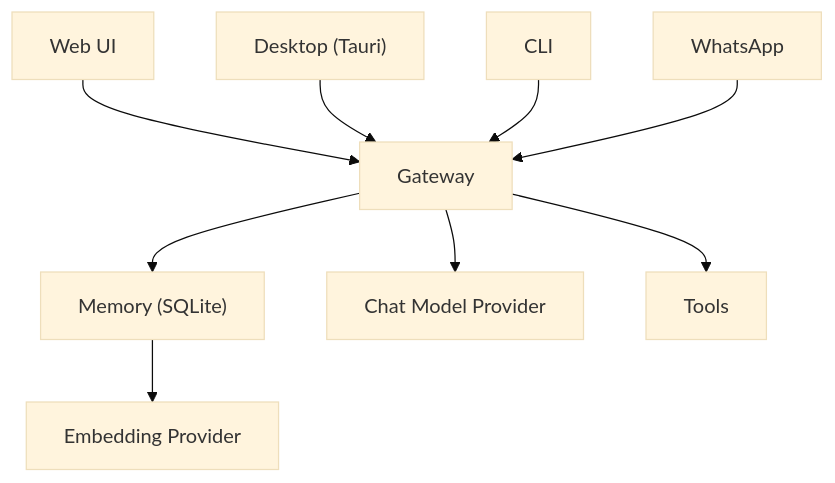
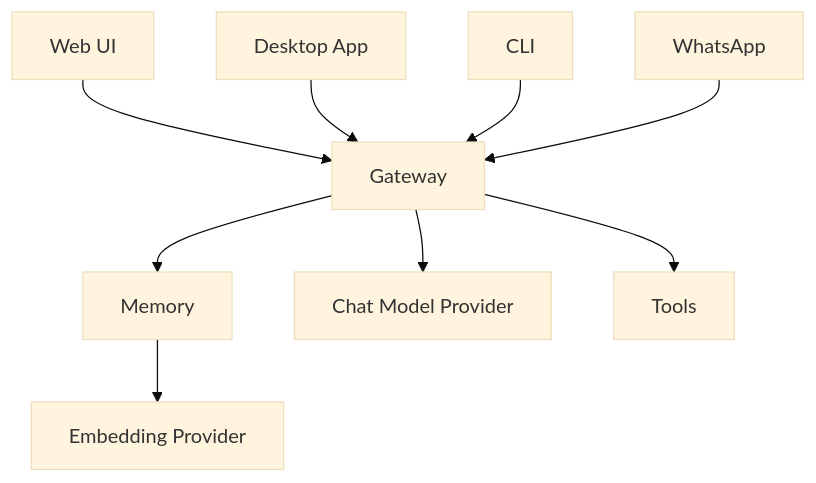
The diagram in docs/index.mdx (maziarzamani/spaceduck), drawn with Mermaid (base theme) before and after one commit. The commit also changed other lines of this file and 2 other files, not shown here.

````diff
--- a/docs/index.mdx
+++ b/docs/index.mdx
@@ -31,23 +31,23 @@
 ```mermaid
 graph TD
     UI["Web UI"]
-    DESK["Desktop (Tauri)"]
+    DESK["Desktop App"]
     CLI["CLI"]
     WA["WhatsApp"]
 
     GW["Gateway"]
-    MEM["Memory (SQLite)"]
+    MEM["Memory"]
     CP["Chat Model Provider"]
     EP["Embedding Provider"]
     TOOLS["Tools"]
 
     UI --> GW
     DESK --> GW
     CLI --> GW
     WA --> GW
 
     GW --> MEM
     GW --> CP
     GW --> TOOLS
     MEM --> EP
 ```
````
